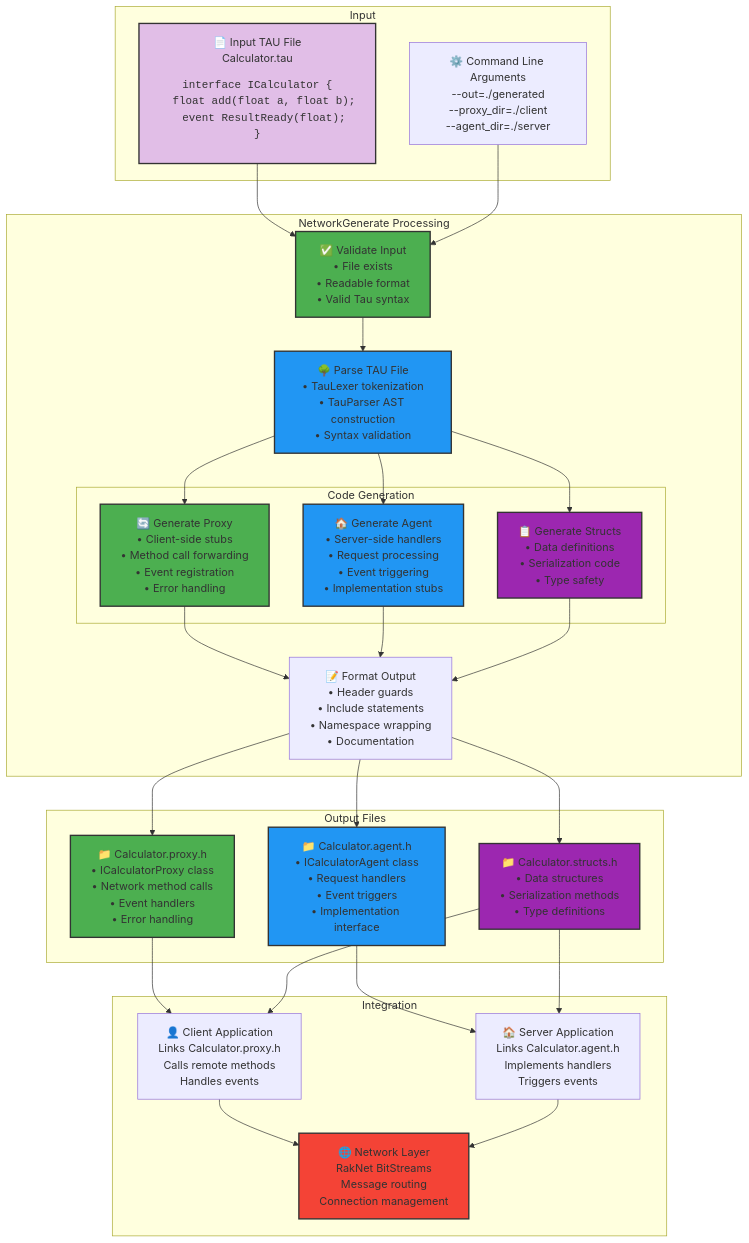
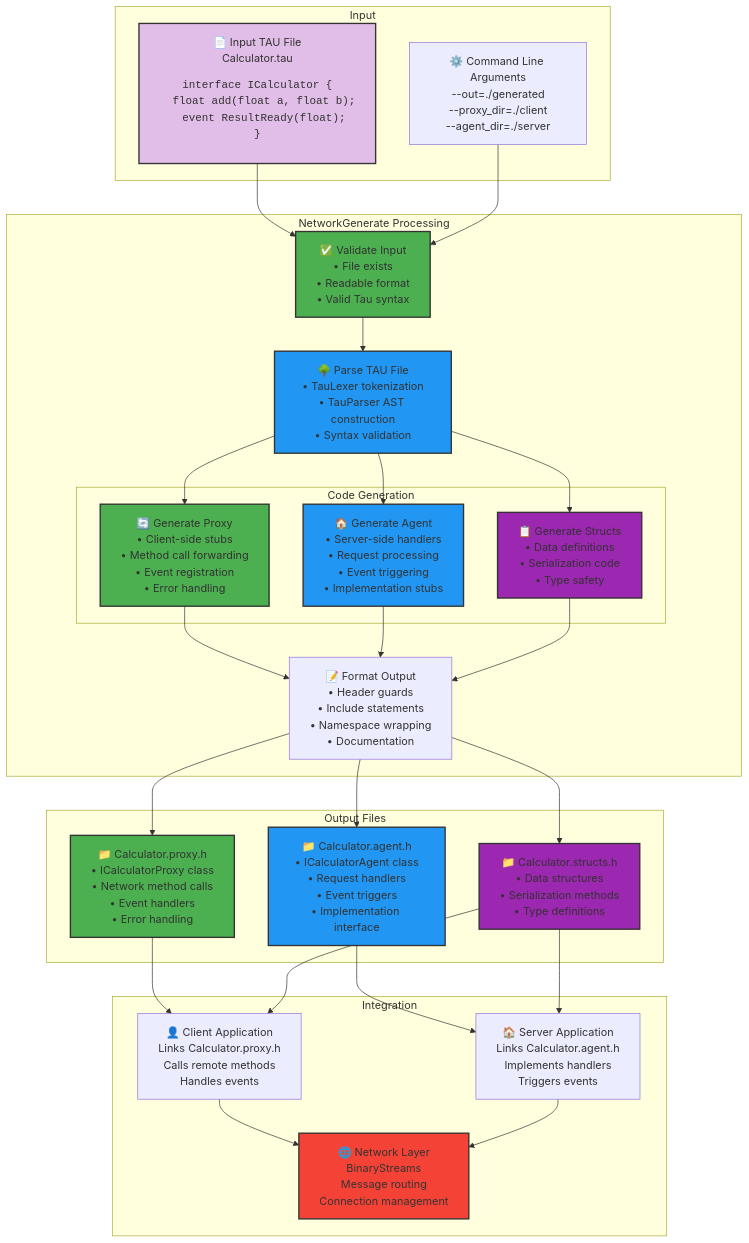
Before and after one commit to cschladetsch/CppKAI: the first of 2 diagrams in Source/App/NetworkGenerate/README.md, drawn with Mermaid. The commit also changed other lines of this file and 136 other files, not shown here.

Commit message:
Remove RakNet and add ENet transport abstraction

````diff
--- a/Source/App/NetworkGenerate/README.md
+++ b/Source/App/NetworkGenerate/README.md
@@ -15,64 +15,64 @@
 ```mermaid
 flowchart TB
     subgraph "Input"
         TAU_FILE["📄 Input TAU File<br/>Calculator.tau<br/><pre><code>interface ICalculator {<br/>  float add(float a, float b);<br/>  event ResultReady(float);<br/>}</code></pre>"]
         CMD_ARGS["⚙️ Command Line Arguments<br/>--out=./generated<br/>--proxy_dir=./client<br/>--agent_dir=./server"]
     end
     
     subgraph "NetworkGenerate Processing"
         VALIDATE["✅ Validate Input<br/>• File exists<br/>• Readable format<br/>• Valid Tau syntax"]
         
         PARSE["🌳 Parse TAU File<br/>• TauLexer tokenization<br/>• TauParser AST construction<br/>• Syntax validation"]
         
         subgraph "Code Generation"
             GEN_PROXY["🔄 Generate Proxy<br/>• Client-side stubs<br/>• Method call forwarding<br/>• Event registration<br/>• Error handling"]
             GEN_AGENT["🏠 Generate Agent<br/>• Server-side handlers<br/>• Request processing<br/>• Event triggering<br/>• Implementation stubs"]
             GEN_STRUCT["📋 Generate Structs<br/>• Data definitions<br/>• Serialization code<br/>• Type safety"]
         end
         
         FORMAT["📝 Format Output<br/>• Header guards<br/>• Include statements<br/>• Namespace wrapping<br/>• Documentation"]
     end
     
     subgraph "Output Files"
         PROXY_FILE["📁 Calculator.proxy.h<br/>• ICalculatorProxy class<br/>• Network method calls<br/>• Event handlers<br/>• Error handling"]
         AGENT_FILE["📁 Calculator.agent.h<br/>• ICalculatorAgent class<br/>• Request handlers<br/>• Event triggers<br/>• Implementation interface"]
         STRUCT_FILE["📁 Calculator.structs.h<br/>• Data structures<br/>• Serialization methods<br/>• Type definitions"]
     end
     
     subgraph "Integration"
         CLIENT_APP["👤 Client Application<br/>Links Calculator.proxy.h<br/>Calls remote methods<br/>Handles events"]
         SERVER_APP["🏠 Server Application<br/>Links Calculator.agent.h<br/>Implements handlers<br/>Triggers events"]
-        NETWORK["🌐 Network Layer<br/>RakNet BitStreams<br/>Message routing<br/>Connection management"]
+        NETWORK["🌐 Network Layer<br/>BinaryStreams<br/>Message routing<br/>Connection management"]
     end
     
     TAU_FILE --> VALIDATE
     CMD_ARGS --> VALIDATE
     VALIDATE --> PARSE
     PARSE --> GEN_PROXY
     PARSE --> GEN_AGENT
     PARSE --> GEN_STRUCT
     GEN_PROXY --> FORMAT
     GEN_AGENT --> FORMAT
     GEN_STRUCT --> FORMAT
     FORMAT --> PROXY_FILE
     FORMAT --> AGENT_FILE
     FORMAT --> STRUCT_FILE
     
     PROXY_FILE --> CLIENT_APP
     AGENT_FILE --> SERVER_APP
     STRUCT_FILE --> CLIENT_APP
     STRUCT_FILE --> SERVER_APP
     CLIENT_APP --> NETWORK
     SERVER_APP --> NETWORK
     
     style TAU_FILE fill:#e1bee7,stroke:#333,stroke-width:2px
     style VALIDATE fill:#4caf50,stroke:#333,stroke-width:2px
     style PARSE fill:#2196f3,stroke:#333,stroke-width:2px
     style GEN_PROXY fill:#4caf50,stroke:#333,stroke-width:2px
     style GEN_AGENT fill:#2196f3,stroke:#333,stroke-width:2px
     style GEN_STRUCT fill:#9c27b0,stroke:#333,stroke-width:2px
     style PROXY_FILE fill:#4caf50,stroke:#333,stroke-width:2px
     style AGENT_FILE fill:#2196f3,stroke:#333,stroke-width:2px
     style STRUCT_FILE fill:#9c27b0,stroke:#333,stroke-width:2px
     style NETWORK fill:#f44336,stroke:#333,stroke-width:2px
 ```
````
